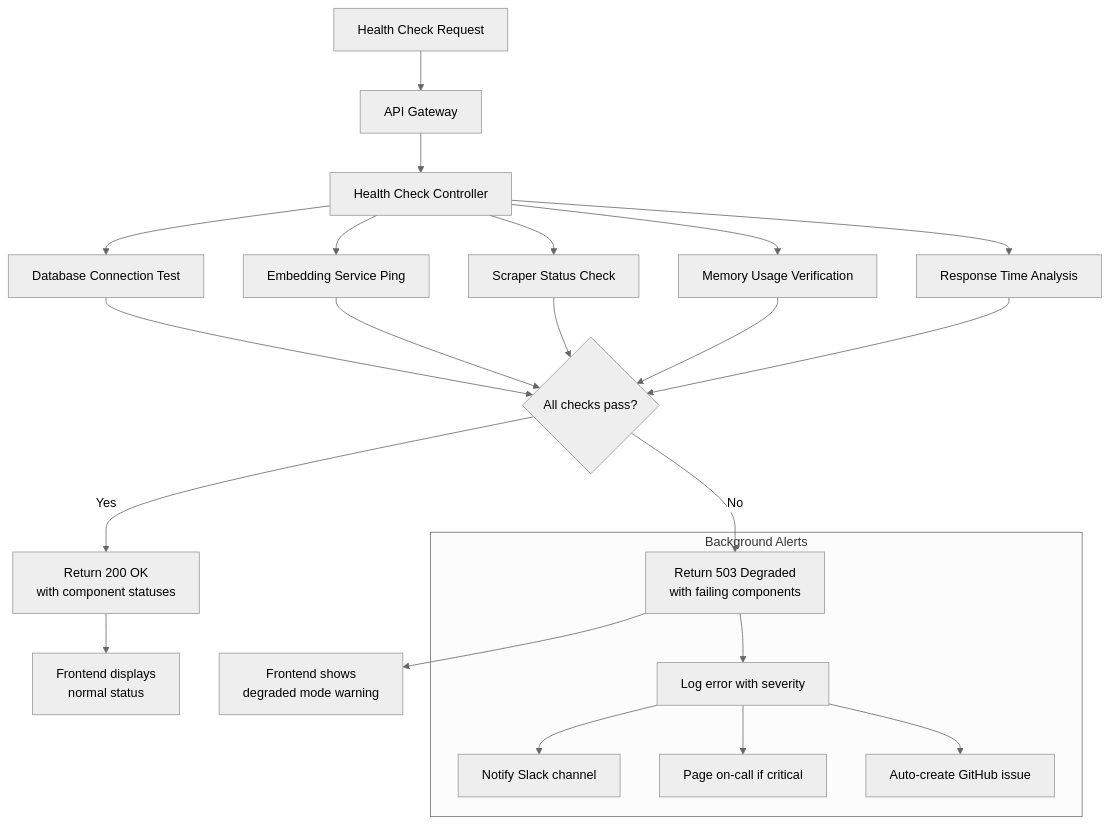
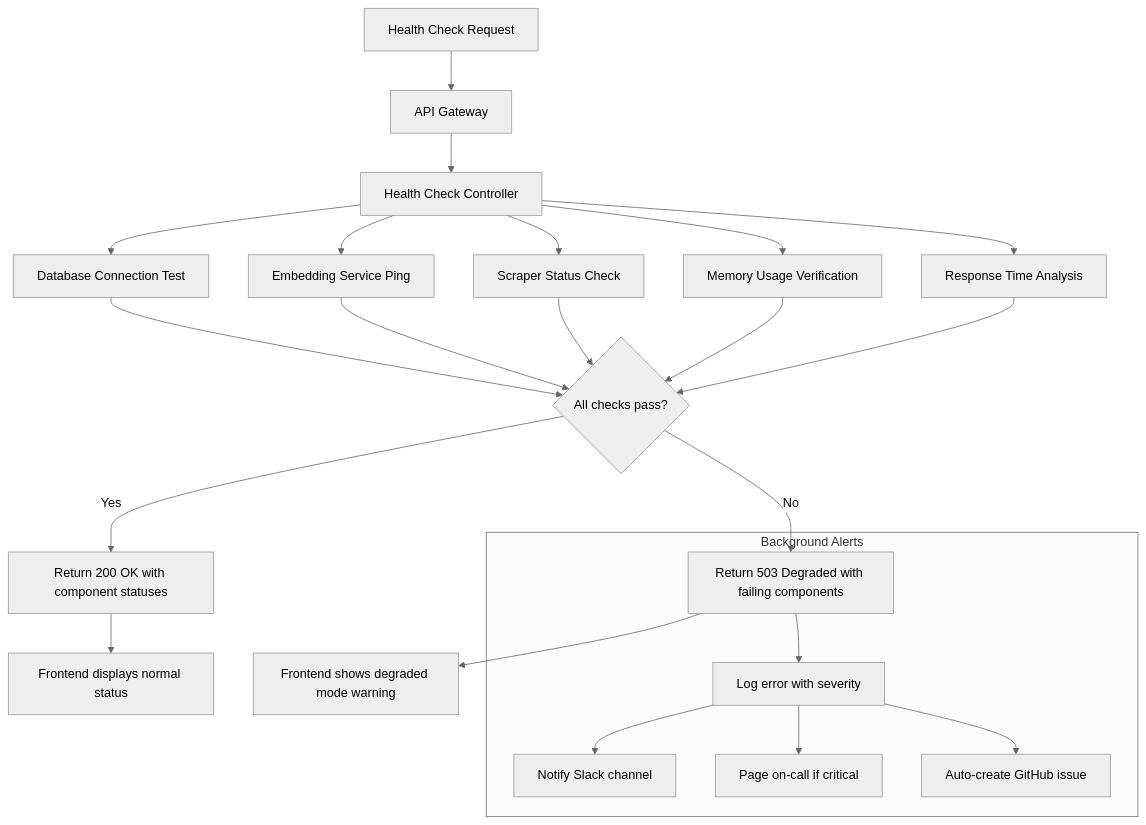
Before and after one commit to satvik-sharma-05/SE: the eighth of 8 diagrams in README.md, drawn with Mermaid (neutral theme). The commit also changed other lines of this file, not shown here.

````diff
--- a/README.md
+++ b/README.md
@@ -458,30 +463,30 @@
 ```mermaid
 graph TD
     A[Health Check Request] --> B[API Gateway]
     B --> C[Health Check Controller]
     
     C --> D[Database Connection Test]
     C --> E[Embedding Service Ping]
     C --> F[Scraper Status Check]
     C --> G[Memory Usage Verification]
     C --> H[Response Time Analysis]
     
     D --> I{All checks pass?}
     E --> I
     F --> I
     G --> I
     H --> I
     
-    I -->|Yes| J[Return 200 OK<br/>with component statuses]
-    I -->|No| K[Return 503 Degraded<br/>with failing components]
+    I -->|Yes| J[Return 200 OK with component statuses]
+    I -->|No| K[Return 503 Degraded with failing components]
     
-    J --> L[Frontend displays<br/>normal status]
-    K --> M[Frontend shows<br/>degraded mode warning]
+    J --> L[Frontend displays normal status]
+    K --> M[Frontend shows degraded mode warning]
     
     subgraph N[Background Alerts]
         K --> O[Log error with severity]
         O --> P[Notify Slack channel]
         O --> Q[Page on-call if critical]
         O --> R[Auto-create GitHub issue]
     end
 ```
````
